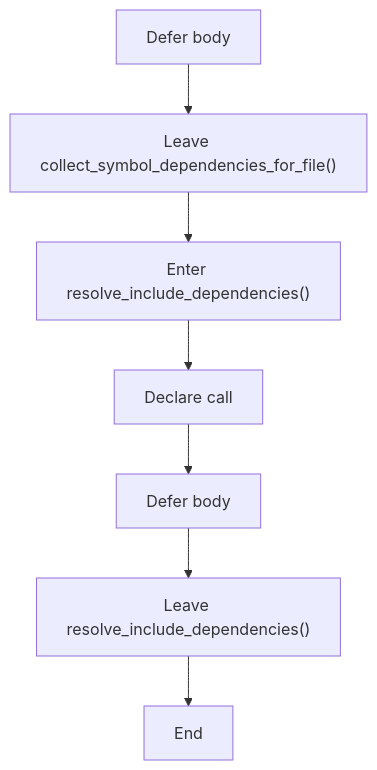
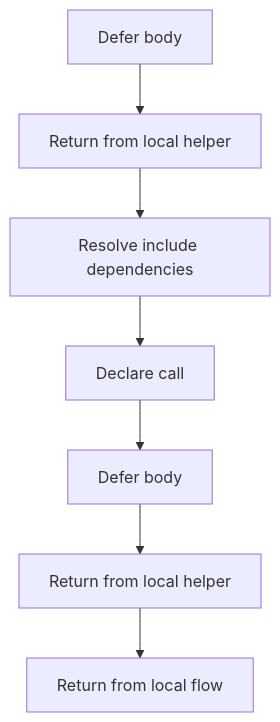
One commit to JohnAndrewBalbarosa/NeoTerritory changed the fifth of 5 diagrams in docs/Codebase/Microservice/Modules/Header/SyntacticBrokenAST/Trees/Actual/Internal/Flow/parse_tree_internal_program_flow_02.hpp.md. Above: the diagram before and after it, drawn with Mermaid. The commit also changed other lines of this file and 915 other files, not shown here.

````diff
--- a/docs/Codebase/Microservice/Modules/Header/SyntacticBrokenAST/Trees/Actual/Internal/Flow/parse_tree_internal_program_flow_02.hpp.md
+++ b/docs/Codebase/Microservice/Modules/Header/SyntacticBrokenAST/Trees/Actual/Internal/Flow/parse_tree_internal_program_flow_02.hpp.md
@@ -113,16 +113,16 @@
 ```mermaid
 flowchart TD
     N0["Defer body"]
-    N1["Leave collect_symbol_dependencies_for_file()"]
-    N2["Enter resolve_include_dependencies()"]
+    N1["Return from local helper"]
+    N2["Resolve include dependencies"]
     N3["Declare call"]
     N4["Defer body"]
-    N5["Leave resolve_include_dependencies()"]
-    N6["End"]
+    N5["Return from local helper"]
+    N6["Return from local flow"]
     N0 --> N1
     N1 --> N2
     N2 --> N3
     N3 --> N4
     N4 --> N5
     N5 --> N6
 ```
````
